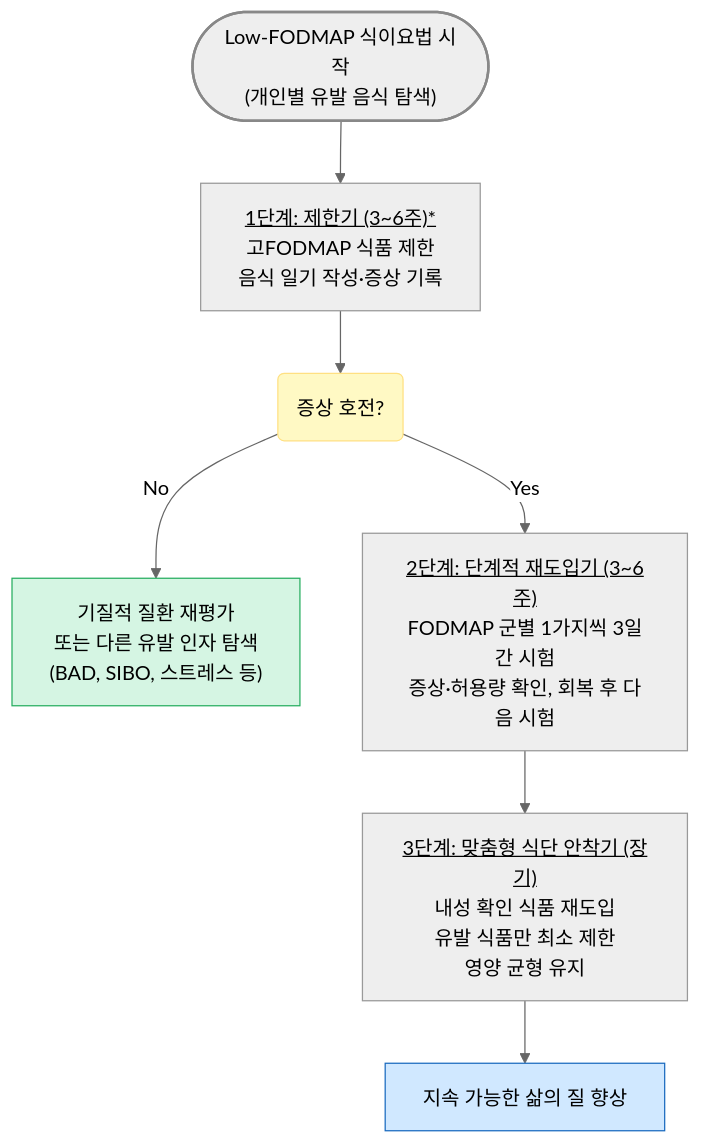
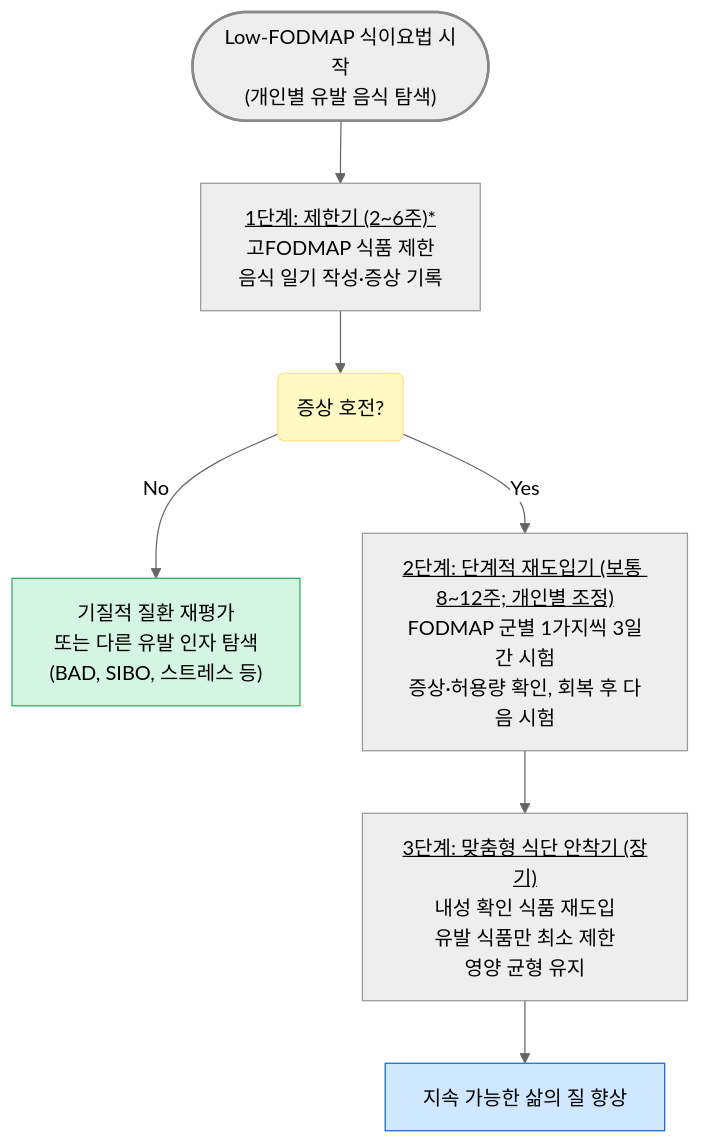
The second of 2 diagrams in 224_/087_-ibs.md (familyoh77/familyoh77), drawn with Mermaid (neutral theme) before and after one commit. The commit also changed other lines of this file and 11 other files, not shown here.

````diff
--- a/224_/087_-ibs.md
+++ b/224_/087_-ibs.md
@@ -236,24 +235,24 @@
 ```mermaid
 graph TD
     Start(["Low-FODMAP 식이요법 시작<br>(개인별 유발 음식 탐색)"])
-    P1["<u>1단계: 제한기 (3~6주)*</u><br>고FODMAP 식품 제한<br>음식 일기 작성·증상 기록"]
+    P1["<u>1단계: 제한기 (2~6주)*</u><br>고FODMAP 식품 제한<br>음식 일기 작성·증상 기록"]
     Cond1("증상 호전?")
     P1_Fail["기질적 질환 재평가<br>또는 다른 유발 인자 탐색<br>(BAD, SIBO, 스트레스 등)"]
-    P2["<u>2단계: 단계적 재도입기 (3~6주)</u><br>FODMAP 군별 1가지씩 3일간 시험<br>증상·허용량 확인, 회복 후 다음 시험"]
+    P2["<u>2단계: 단계적 재도입기 (보통 8~12주; 개인별 조정)</u><br>FODMAP 군별 1가지씩 3일간 시험<br>증상·허용량 확인, 회복 후 다음 시험"]
     P3["<u>3단계: 맞춤형 식단 안착기 (장기)</u><br>내성 확인 식품 재도입<br>유발 식품만 최소 제한<br>영양 균형 유지"]
     End2["지속 가능한 삶의 질 향상"]
 
     Start --> P1
     P1 --> Cond1
     Cond1 -- "No" --> P1_Fail
     Cond1 -- "Yes" --> P2
     P2 --> P3
     P3 --> End2
 
 style Start fill:#eeeeee,stroke:#888888,stroke-width:2px
 classDef yellow fill:#fff9c4,stroke:#ffe082
 class Cond1 yellow
 classDef blue fill:#d0e8ff,stroke:#1a6abf
 class End2 blue
 style P1_Fail fill:#d5f5e3,stroke:#27ae60
 ```
````
